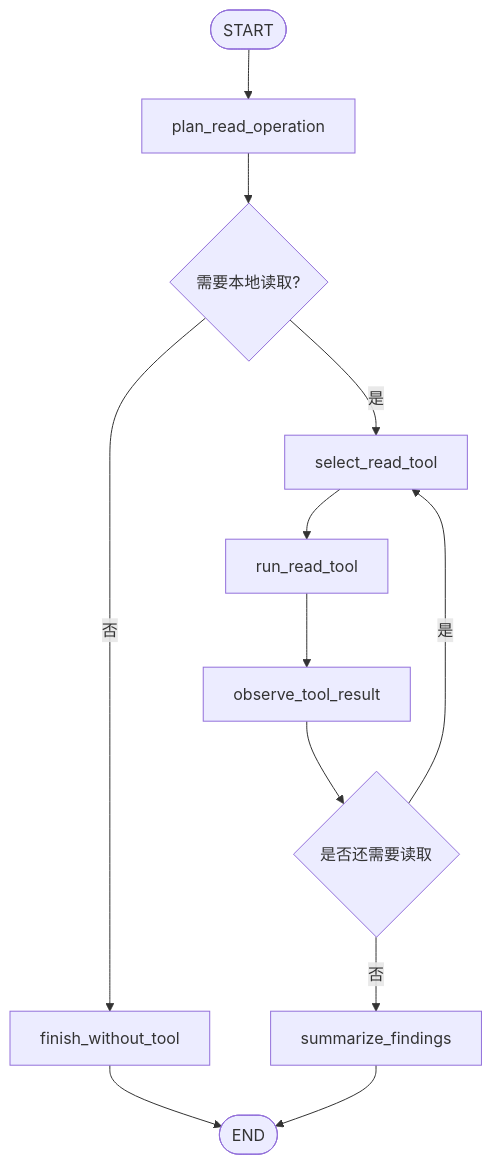
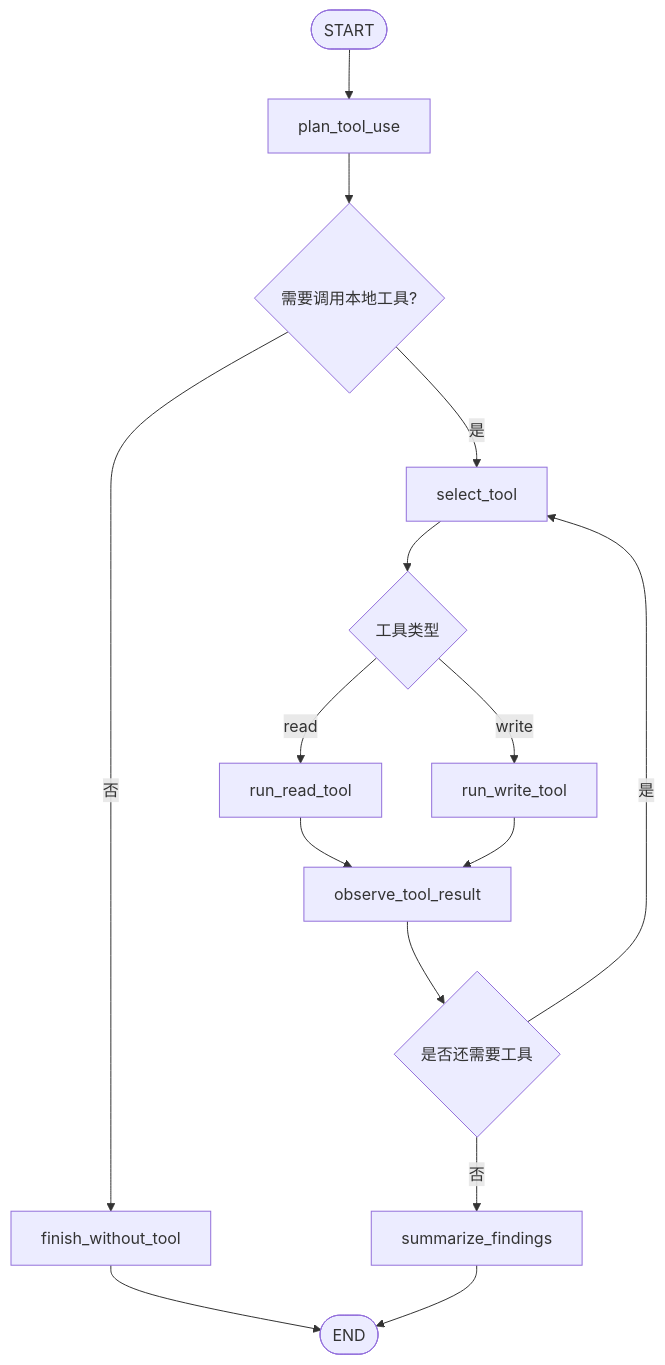
The second of 2 diagrams in docs/agent/local-operator-agent.md (LiuJiaxuan1024/AiMemo), drawn with Mermaid before and after one commit. The commit also changed other lines of this file and 59 other files, not shown here.

````diff
--- a/docs/agent/local-operator-agent.md
+++ b/docs/agent/local-operator-agent.md
@@ -560,14 +561,17 @@
 ```mermaid
 flowchart TD
-    Start([START]) --> Plan[plan_read_operation]
-    Plan --> NeedTool{需要本地读取?}
+    Start([START]) --> Plan[plan_tool_use]
+    Plan --> NeedTool{需要调用本地工具?}
     NeedTool -->|否| Finish[finish_without_tool]
-    NeedTool -->|是| Select[select_read_tool]
-    Select --> RunTool[run_read_tool]
-    RunTool --> Observe[observe_tool_result]
-    Observe --> More{是否还需要读取}
+    NeedTool -->|是| Select[select_tool]
+    Select --> ToolType{工具类型}
+    ToolType -->|read| RunRead[run_read_tool]
+    ToolType -->|write| RunWrite[run_write_tool]
+    RunRead --> Observe[observe_tool_result]
+    RunWrite --> Observe
+    Observe --> More{是否还需要工具}
     More -->|是| Select
     More -->|否| Summarize[summarize_findings]
     Finish --> End([END])
     Summarize --> End
 ```
````
